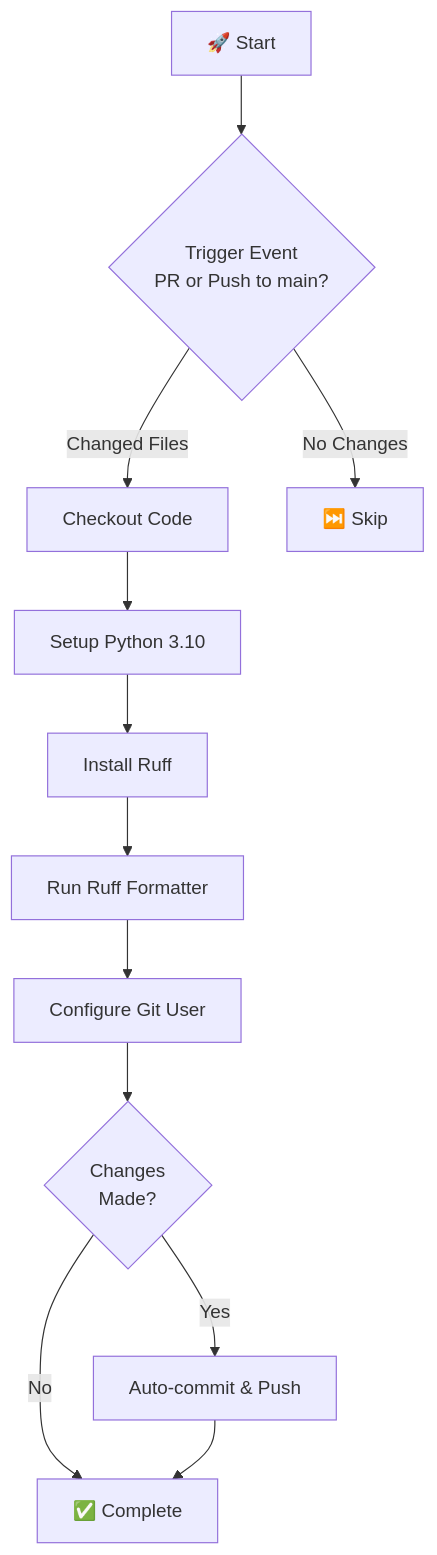
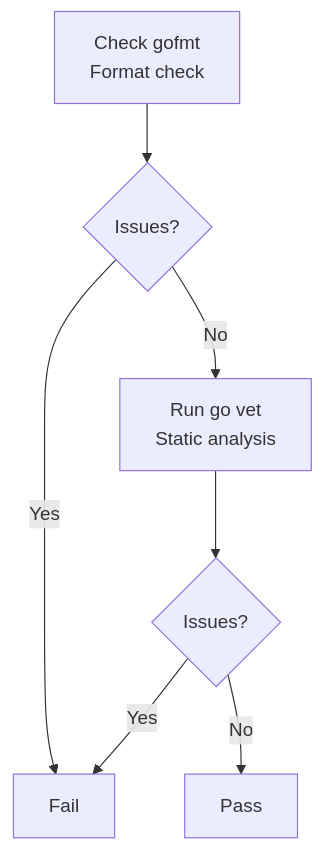
The first of 6 diagrams in docs/github_actions.md (victoriacheng15/personal-reading-analytics-dashboard), drawn with Mermaid before and after one commit. The commit also changed other lines of this file and 14 other files, not shown here.

````diff
--- a/docs/github_actions.md
+++ b/docs/github_actions.md
@@ -39,14 +30,9 @@
 ```mermaid
 graph TD
-    Start["🚀 Start"] --> Trigger{"Trigger Event<br/>PR or Push to main?"}
-    Trigger -->|Changed Files| Checkout["Checkout Code"]
-    Trigger -->|No Changes| End1["⏭️ Skip"]
-    Checkout --> Setup["Setup Python 3.10"]
-    Setup --> Install["Install Ruff"]
-    Install --> Format["Run Ruff Formatter"]
-    Format --> ConfigGit["Configure Git User"]
-    ConfigGit --> Commit{"Changes<br/>Made?"}
-    Commit -->|Yes| AutoCommit["Auto-commit & Push"]
-    Commit -->|No| End2["✅ Complete"]
-    AutoCommit --> End2
+    A["Check gofmt<br/>Format check"] --> B{"Issues?"}
+    B -->|Yes| C["Fail"]
+    B -->|No| D["Run go vet<br/>Static analysis"]
+    D --> E{"Issues?"}
+    E -->|Yes| C
+    E -->|No| F["Pass"]
 ```
````
